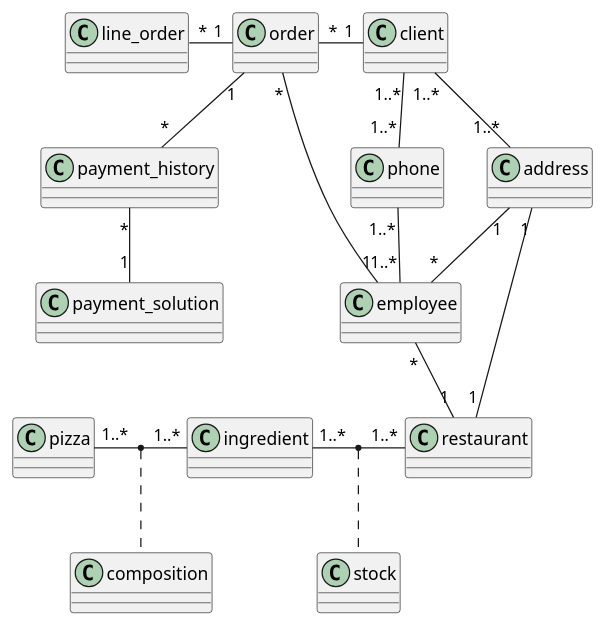
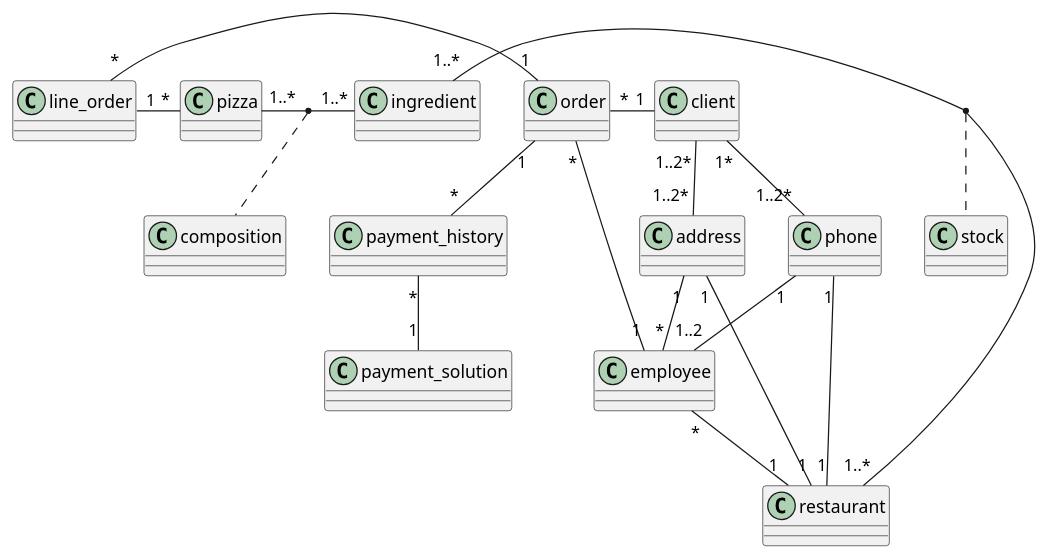
One commit to freezed/ocp6 changed the diagram in src-puml/classes.iuml. Above: the diagram before and after it, drawn with PlantUML.

Commit message:
Adds missing relations & corrects multiplicity

```diff
--- a/src-puml/classes.iuml
+++ b/src-puml/classes.iuml
@@ -1,31 +1,33 @@
 /' = = = = = = = CLASSE = = = = = = = '/
 class address
 class client
 class composition
 class employee
 class ingredient
 class line_order
 class order
 class payment_history
 class payment_solution
 class phone
 class pizza
 class restaurant
 class stock
 
 /' = = = = = = = RELATION = = = = = = = '/
 address "1" -- "1" restaurant
 address "1" -- "*" employee
-client "1..*" - "1..*" phone
-client "1..*" -- "1..*" address
+client "1..2*" -- "1..2*" address
+client "1*" - "1..2*" phone
 employee "1" - "*" order
 employee "*" -- "1" restaurant
 ingredient "1..*" - "1..*" restaurant
 (ingredient, restaurant) .. stock
 line_order "*" - "1" order
+line_order "1" - "*" pizza
 order "*" - "1" client
 order "1" -- "*" payment_history
 payment_solution "1" -up- "*" payment_history
-phone "1..*" -- "1..*" employee
+phone "1" -- "1..2" employee
+phone "1" -- "1" restaurant
 pizza "1..*" - "1..*" ingredient
 (pizza, ingredient) .. composition
```
